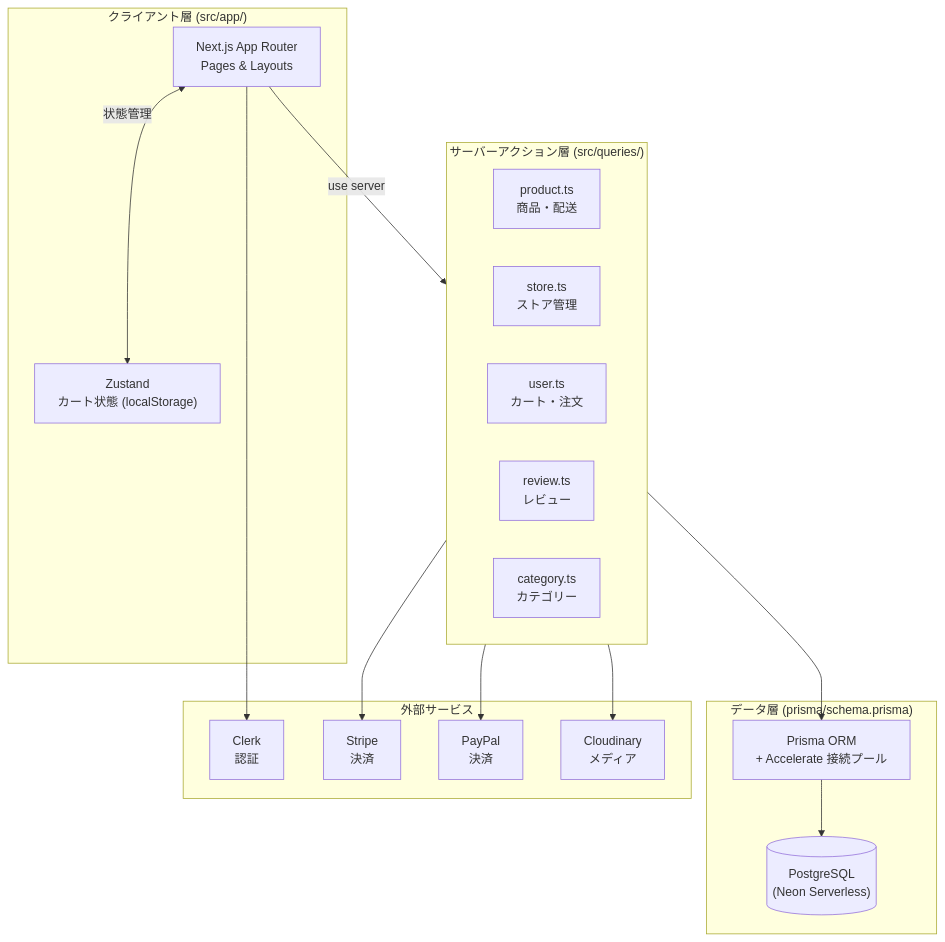
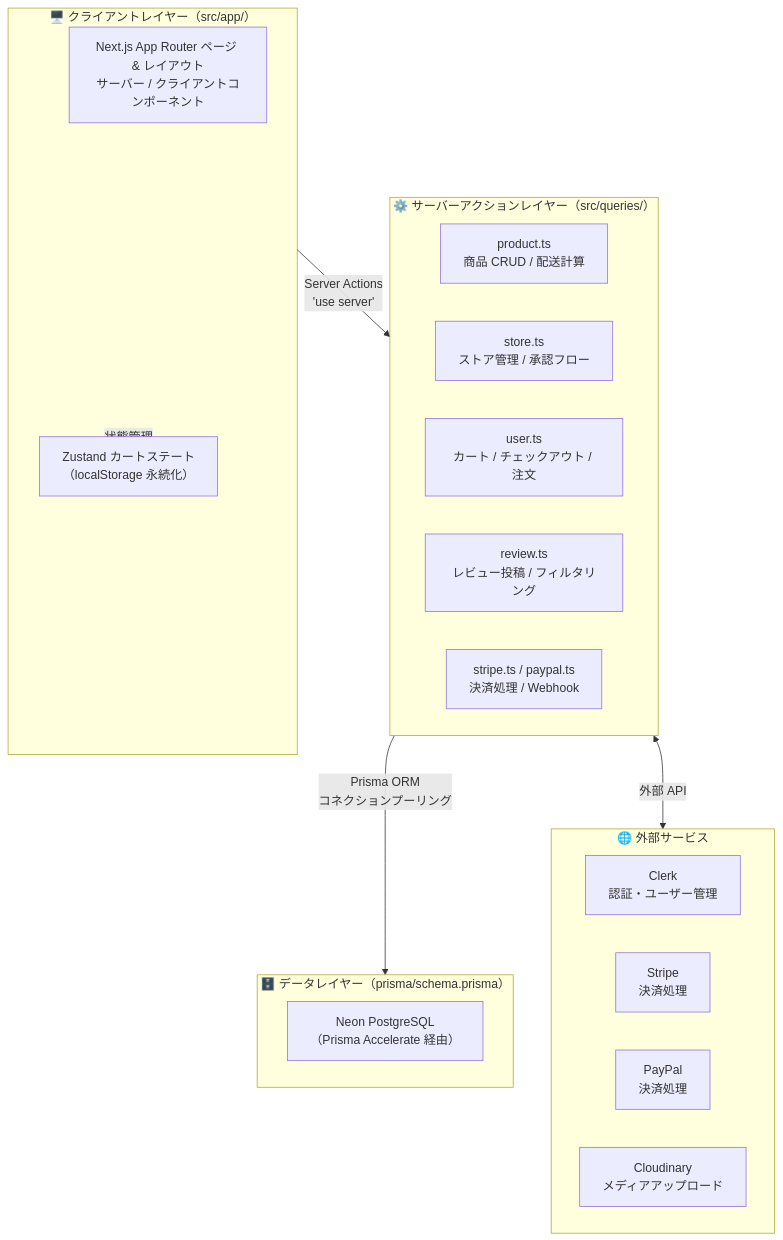
The first of 8 diagrams in README.md (myoshi2891/Multi-Vendor-E-Commerce), drawn with Mermaid before and after one commit. The commit also changed other lines of this file, not shown here.

````diff
--- a/README.md
+++ b/README.md
@@ -49,36 +41,31 @@
 ```mermaid
-graph TB
-    subgraph CLIENT["クライアント層 (src/app/)"]
-        PAGES["Next.js App Router<br>Pages & Layouts"]
-        ZUSTAND["Zustand<br>カート状態 (localStorage)"]
+graph TD
+    subgraph CLIENT["🖥️ クライアントレイヤー（src/app/）"]
+        PAGES["Next.js App Router ページ & レイアウト<br>サーバー / クライアントコンポーネント"]
+        ZUSTAND["Zustand カートステート<br>（localStorage 永続化）"]
     end
 
-    subgraph SERVER["サーバーアクション層 (src/queries/)"]
-        PRODUCT["product.ts<br>商品・配送"]
-        STORE["store.ts<br>ストア管理"]
-        USER["user.ts<br>カート・注文"]
-        REVIEW["review.ts<br>レビュー"]
-        CATEGORY["category.ts<br>カテゴリー"]
+    subgraph SERVER["⚙️ サーバーアクションレイヤー（src/queries/）"]
+        PRODUCT["product.ts<br>商品 CRUD / 配送計算"]
+        STORE["store.ts<br>ストア管理 / 承認フロー"]
+        USER["user.ts<br>カート / チェックアウト / 注文"]
+        REVIEW["review.ts<br>レビュー投稿 / フィルタリング"]
+        PAYMENTS["stripe.ts / paypal.ts<br>決済処理 / Webhook"]
     end
 
-    subgraph DATA["データ層 (prisma/schema.prisma)"]
-        PG[("PostgreSQL<br>(Neon Serverless)")]
-        PRISMA["Prisma ORM<br>+ Accelerate 接続プール"]
+    subgraph DATA["🗄️ データレイヤー（prisma/schema.prisma）"]
+        PG["Neon PostgreSQL<br>（Prisma Accelerate 経由）"]
     end
 
-    subgraph EXTERNAL["外部サービス"]
-        CLERK["Clerk<br>認証"]
-        STRIPE["Stripe<br>決済"]
-        PAYPAL["PayPal<br>決済"]
-        CLOUDINARY["Cloudinary<br>メディア"]
+    subgraph EXTERNAL["🌐 外部サービス"]
+        CLERK["Clerk<br>認証・ユーザー管理"]
+        STRIPE["Stripe<br>決済処理"]
+        PAYPAL["PayPal<br>決済処理"]
+        CLOUDINARY["Cloudinary<br>メディアアップロード"]
     end
 
-    PAGES -->|"use server"| SERVER
-    PAGES <-->|状態管理| ZUSTAND
-    SERVER --> PRISMA
-    PRISMA --> PG
-    PAGES --> CLERK
-    SERVER --> STRIPE
-    SERVER --> PAYPAL
-    SERVER --> CLOUDINARY
+    CLIENT -->|"Server Actions<br>'use server'"| SERVER
+    SERVER -->|"Prisma ORM<br>コネクションプーリング"| DATA
+    CLIENT -->|"状態管理"| ZUSTAND
+    SERVER <-->|"外部 API"| EXTERNAL
 ```
````
